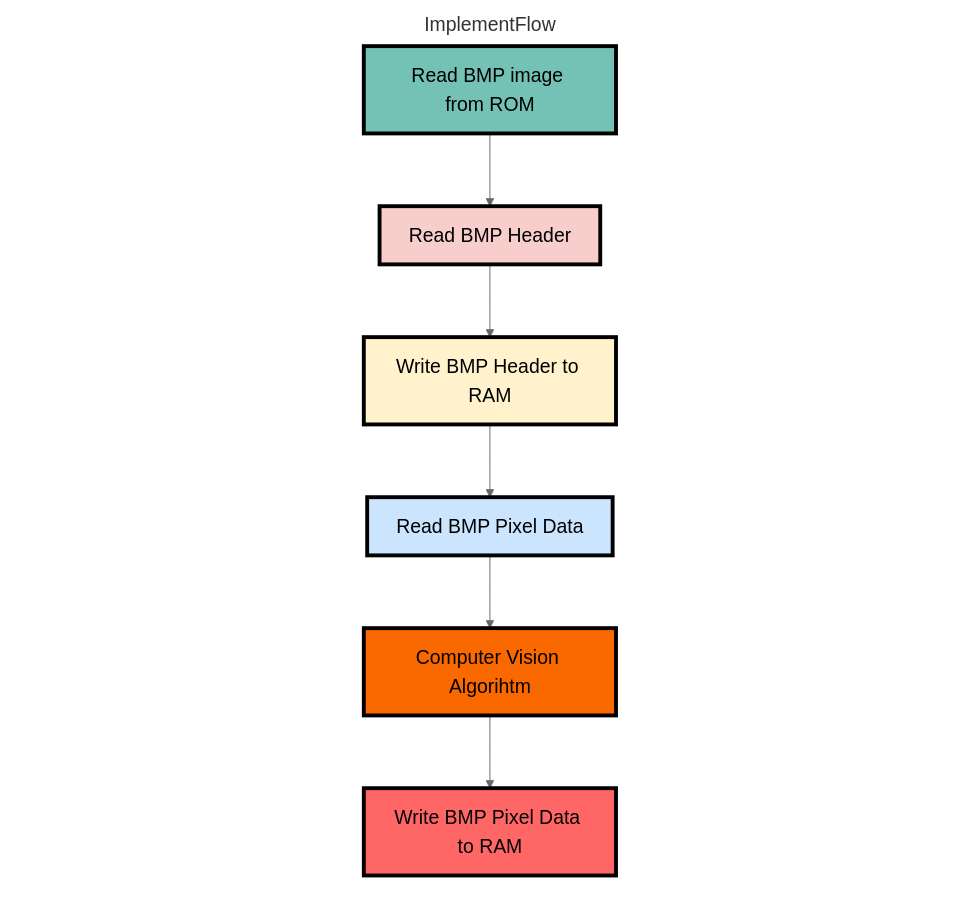
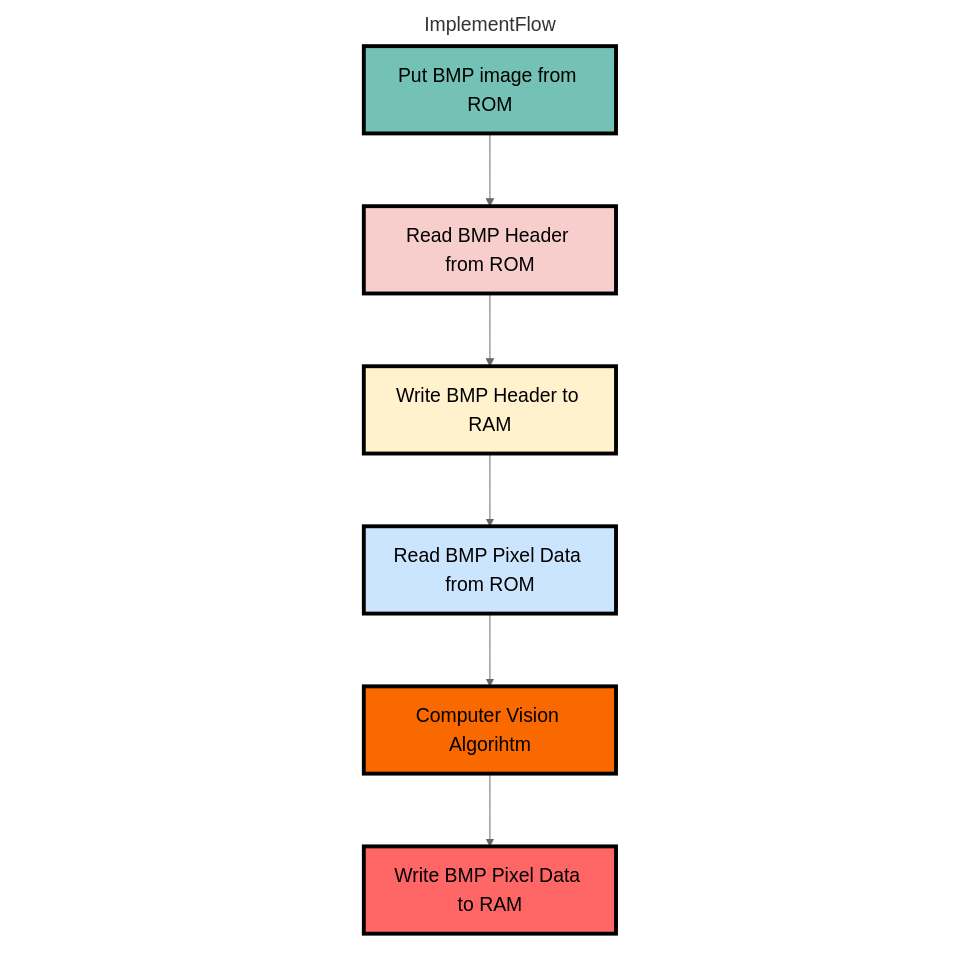
The diagram in README.md (Offliners/Image_Processing_in_C_and_Verilog), drawn with Mermaid before and after one commit.

````diff
--- a/README.md
+++ b/README.md
@@ -20,47 +20,47 @@
 ```mermaid
 %%{
   init: {
     'theme': 'neutral',
     'themeVariables': {
       'textColor': '#000000',
       'noteTextColor' : '#000000',
       'fontSize': '20px'
     }
   }
 }%%
 
 flowchart LR
     b0[                  ] --- b2[ ] --- b4[ ] --- ImplementFlow --- b1[ ] --- b3[ ] --- b5[                  ]
     style b0 stroke-width:0px, fill: #FFFFFF00, color:#FFFFFF00
     style b1 stroke-width:0px, fill: #FFFFFF00
     style b2 stroke-width:0px, fill: #FFFFFF00
     style b3 stroke-width:0px, fill: #FFFFFF00
     style b4 stroke-width:0px, fill: #FFFFFF00
     style b5 stroke-width:0px, fill: #FFFFFF00, color:#FFFFFF00
 
     linkStyle 0 stroke-width:0px
     linkStyle 1 stroke-width:0px
     linkStyle 2 stroke-width:0px
     linkStyle 3 stroke-width:0px
     linkStyle 4 stroke-width:0px
     linkStyle 5 stroke-width:0px
     
     subgraph ImplementFlow
     direction TB
     style ImplementFlow fill:#ffffff00, stroke-width:0px
 
     direction TB
-        A[Read BMP image from ROM]
-        A --> B[Read BMP Header]
+        A[Put BMP image from ROM]
+        A --> B[Read BMP Header from ROM]
         B --> C[Write BMP Header to RAM]
-        C --> D[Read BMP Pixel Data]
+        C --> D[Read BMP Pixel Data from ROM]
         D --> E[Computer Vision Algorihtm]
         E --> F[Write BMP Pixel Data to RAM]
         style A fill:#74c2b5,stroke:#000000,stroke-width:4px
         style B fill:#f8cecc,stroke:#000000,stroke-width:4px
         style C fill:#fff2cc,stroke:#000000,stroke-width:4px
         style D fill:#cce5ff,stroke:#000000,stroke-width:4px
         style E fill:#fa6800,stroke:#000000,stroke-width:4px
         style F fill:#ff6666,stroke:#000000,stroke-width:4px
     end
 ```
````
